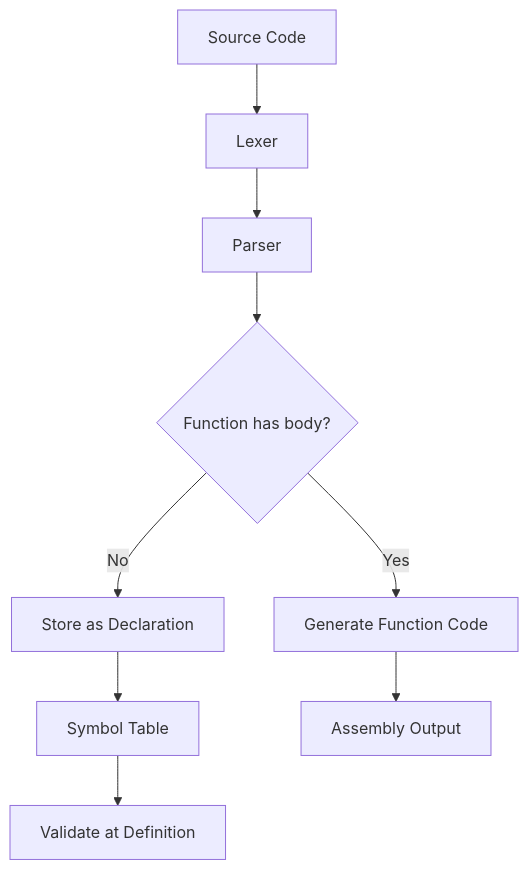
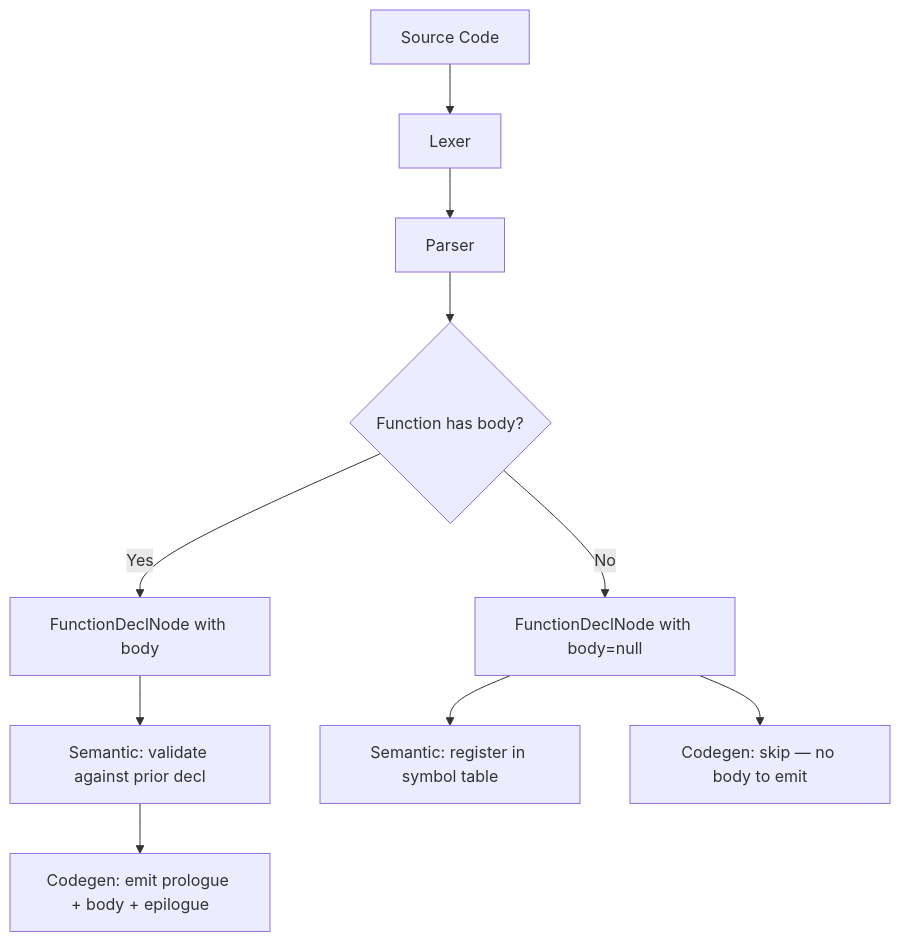
One commit to juno-yu/simple-howto-c-compiler-ximplec changed the diagram in 0011-forward-decl/README.md. Above: the diagram before and after it, drawn with Mermaid. The commit also changed other lines of this file and 131 other files, not shown here.

````diff
--- a/0011-forward-decl/README.md
+++ b/0011-forward-decl/README.md
@@ -11,11 +11,12 @@
 ```mermaid
 flowchart TD
     A[Source Code] --> B[Lexer]
     B --> C[Parser]
     C --> D{Function has body?}
-    D -->|Yes| E[Generate Function Code]
-    D -->|No| F[Store as Declaration]
-    F --> G[Symbol Table]
-    G --> H[Validate at Definition]
-    E --> I[Assembly Output]
+    D -->|Yes| E[FunctionDeclNode with body]
+    D -->|No| F[FunctionDeclNode with body=null]
+    F --> G[Semantic: register in symbol table]
+    E --> H[Semantic: validate against prior decl]
+    H --> I[Codegen: emit prologue + body + epilogue]
+    F --> J[Codegen: skip — no body to emit]
 ```
````
